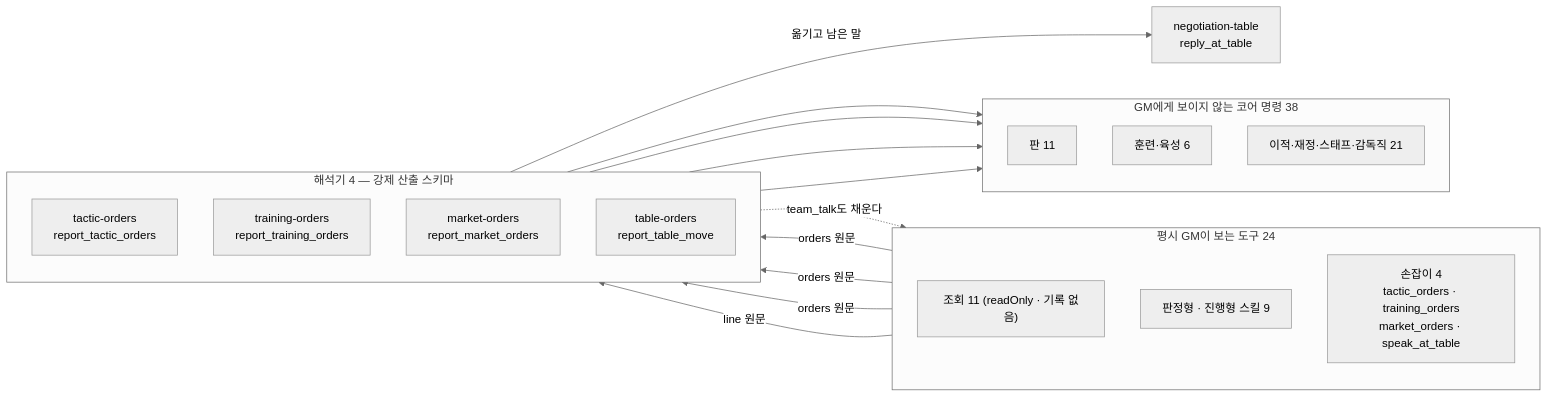
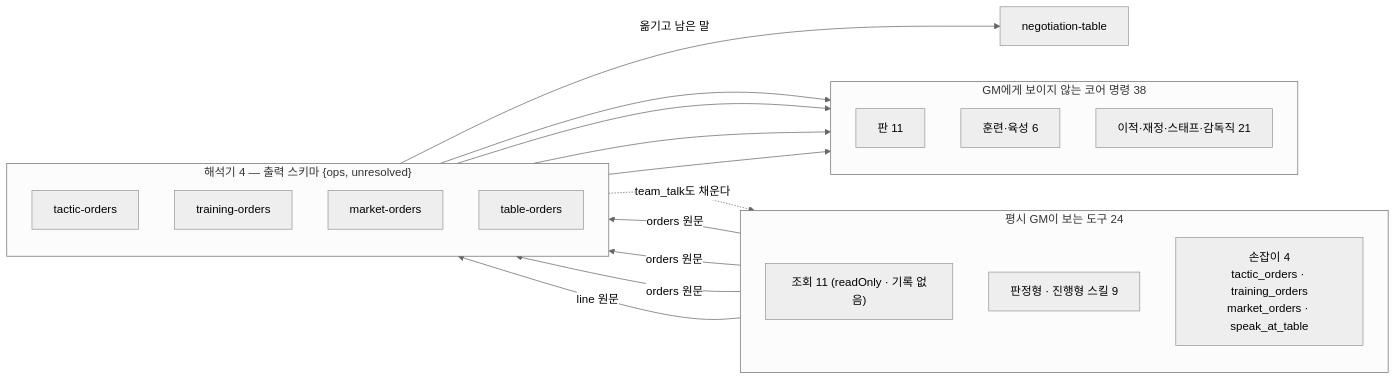
The sixth of 10 diagrams in docs/llm/pipeline.md (dhoonjang/story-fm), drawn with Mermaid (neutral theme) before and after one commit. The commit also changed other lines of this file and 50 other files, not shown here.

````diff
--- a/docs/llm/pipeline.md
+++ b/docs/llm/pipeline.md
@@ -217,29 +217,29 @@
 ```mermaid
 flowchart LR
   subgraph GMTOOLS["평시 GM이 보는 도구 24"]
     direction TB
     RO["조회 11 (readOnly · 기록 없음)"]
     SK["판정형 · 진행형 스킬 9"]
     HD["손잡이 4<br/>tactic_orders · training_orders<br/>market_orders · speak_at_table"]
   end
-  subgraph INTERP["해석기 4 — 강제 산출 스키마"]
+  subgraph INTERP["해석기 4 — 출력 스키마 {ops, unresolved}"]
     direction TB
-    TO["tactic-orders<br/>report_tactic_orders"]
-    TRO["training-orders<br/>report_training_orders"]
-    MO["market-orders<br/>report_market_orders"]
-    TBO["table-orders<br/>report_table_move"]
+    TO["tactic-orders"]
+    TRO["training-orders"]
+    MO["market-orders"]
+    TBO["table-orders"]
   end
   subgraph CMD["GM에게 보이지 않는 코어 명령 38"]
     direction TB
     C1["판 11"]
     C2["훈련·육성 6"]
     C3["이적·재정·스태프·감독직 21"]
   end
-  NT["negotiation-table<br/>reply_at_table"]
+  NT["negotiation-table"]
   HD -->|"orders 원문"| TO --> C1
   HD -->|"orders 원문"| TRO --> C2
   HD -->|"orders 원문"| MO --> C3
   HD -->|"line 원문"| TBO --> C3
   TBO -->|"옮기고 남은 말"| NT
   TO -.->|"team_talk도 채운다"| SK
 ```
````
